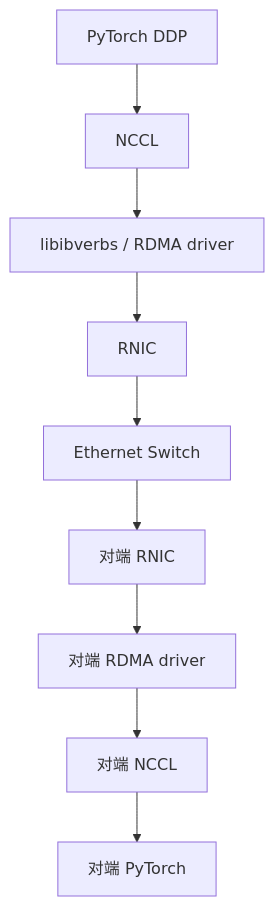
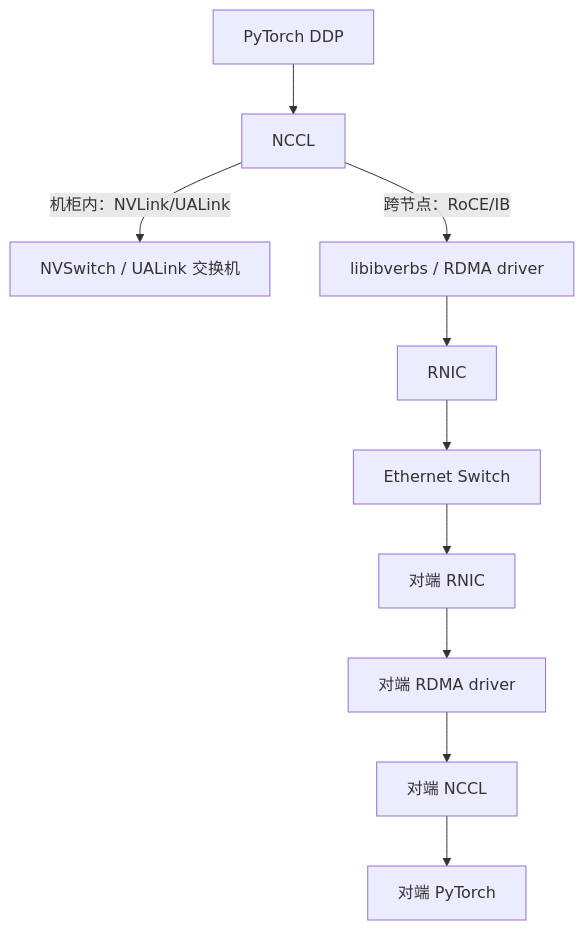
One commit to cypggs/AI_Infra_Handbook changed the first of 3 diagrams in docs/01-foundation/computer-networks/04-network-workflow.md. Above: the diagram before and after it, drawn with Mermaid. The commit also changed other lines of this file and 9 other files, not shown here.

Commit message:
更新计算机网络主题至 2026-10：UEC 超以太网、UALink/NVLink Fusion、Scale-Up/Scale-Out 框架、800G/1.6T 代际、Meta RoCE 实战

````diff
--- a/docs/01-foundation/computer-networks/04-network-workflow.md
+++ b/docs/01-foundation/computer-networks/04-network-workflow.md
@@ -9,11 +9,12 @@
 ```mermaid
 flowchart TD
     A[PyTorch DDP] --> B[NCCL]
-    B --> C[libibverbs / RDMA driver]
+    B -->|机柜内：NVLink/UALink| NV[NVSwitch / UALink 交换机]
+    B -->|跨节点：RoCE/IB| C[libibverbs / RDMA driver]
     C --> D[RNIC]
     D --> E[Ethernet Switch]
     E --> F[对端 RNIC]
     F --> G[对端 RDMA driver]
     G --> H[对端 NCCL]
     H --> I[对端 PyTorch]
 ```
````
